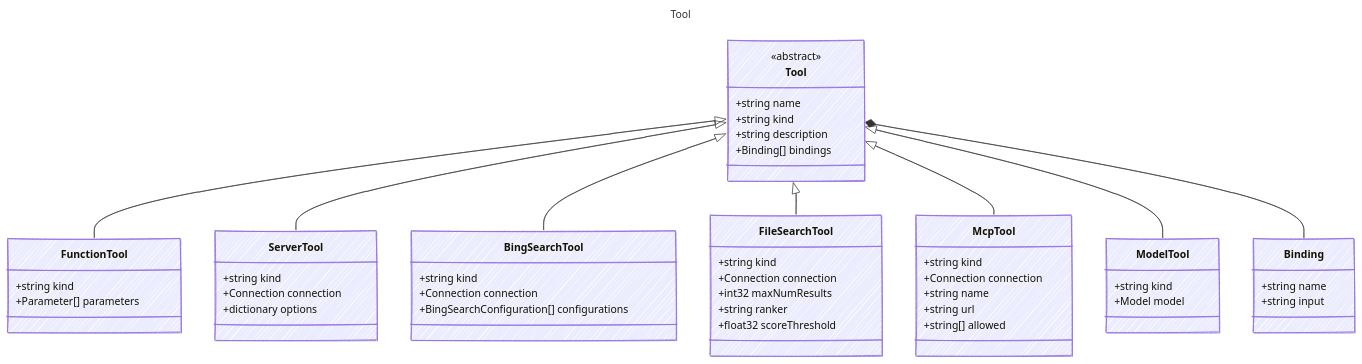
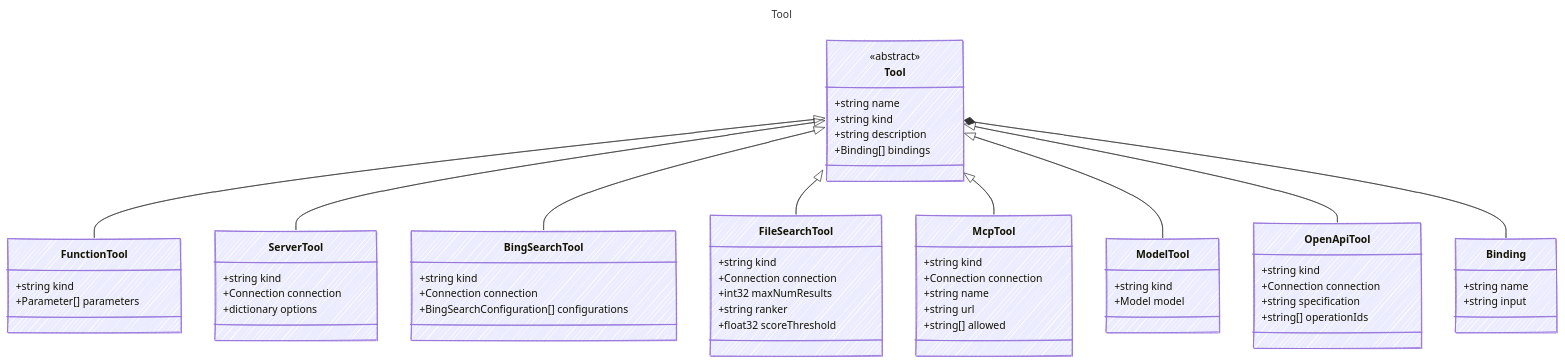
The diagram in specification/prompty/docs/Tool.md (microsoft/prompty), drawn with Mermaid before and after one commit. The commit also changed other lines of this file and 35 other files, not shown here.

````diff
--- a/specification/prompty/docs/Tool.md
+++ b/specification/prompty/docs/Tool.md
@@ -7,61 +7,68 @@
 ```mermaid
 ---
 title: Tool
 config:
   look: handDrawn
   theme: colorful
   class:
     hideEmptyMembersBox: true
 ---
 classDiagram
     class Tool {
       <<abstract>>
         +string name
         +string kind
         +string description
         +Binding[] bindings
     }
     class FunctionTool {
         +string kind
         +Parameter[] parameters
     }
     Tool <|-- FunctionTool
     class ServerTool {
         +string kind
         +Connection connection
         +dictionary options
     }
     Tool <|-- ServerTool
     class BingSearchTool {
         +string kind
         +Connection connection
         +BingSearchConfiguration[] configurations
     }
     Tool <|-- BingSearchTool
     class FileSearchTool {
         +string kind
         +Connection connection
         +int32 maxNumResults
         +string ranker
         +float32 scoreThreshold
     }
     Tool <|-- FileSearchTool
     class McpTool {
         +string kind
         +Connection connection
         +string name
         +string url
         +string[] allowed
     }
     Tool <|-- McpTool
     class ModelTool {
         +string kind
         +Model model
     }
     Tool <|-- ModelTool
+    class OpenApiTool {
+        +string kind
+        +Connection connection
+        +string specification
+        +string[] operationIds
+    }
+    Tool <|-- OpenApiTool
     class Binding {
         +string name
         +string input
     }
     Tool *-- Binding
 ```
````
